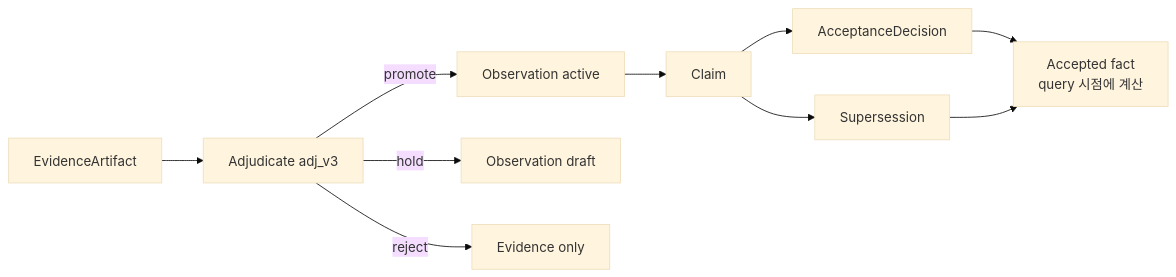
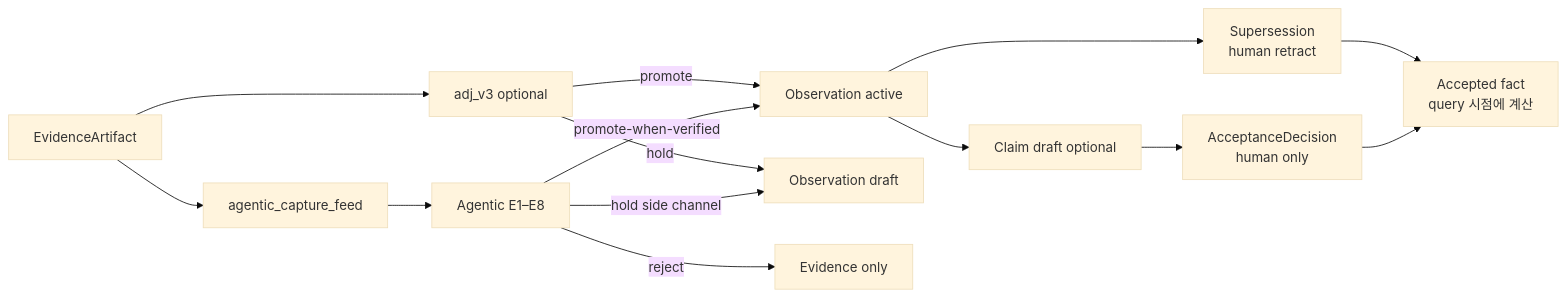
The first of 3 diagrams in README.ko.md (innocarpe/CarpeOS), drawn with Mermaid (base theme) before and after one commit. The commit also changed other lines of this file and 9 other files, not shown here.

First line of the commit message:
docs: refresh architecture and READMEs for 6.6.0 HITL-free agentic loop

````diff
--- a/README.ko.md
+++ b/README.ko.md
@@ -122,12 +129,16 @@
 ```mermaid
 flowchart LR
-  E[EvidenceArtifact] --> J[Adjudicate adj_v3]
-  J -->|promote| O[Observation active]
-  J -->|hold| H[Observation draft]
-  J -->|reject| R[Evidence only]
-  O --> C[Claim]
-  C --> A[AcceptanceDecision]
-  C --> S[Supersession]
+  E[EvidenceArtifact] --> Feed[agentic_capture_feed]
+  E --> J[adj_v3 optional]
+  Feed --> Ag[Agentic E1–E8]
+  Ag -->|promote-when-verified| O[Observation active]
+  Ag -->|hold side channel| H[Observation draft]
+  Ag -->|reject| R[Evidence only]
+  J -->|promote| O
+  J -->|hold| H
+  O --> C[Claim draft optional]
+  C --> A[AcceptanceDecision<br/>human only]
+  O --> S[Supersession<br/>human retract]
   A --> F[Accepted fact<br/>query 시점에 계산]
   S --> F
 ```
````
